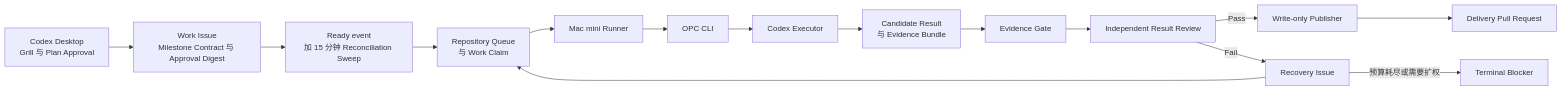
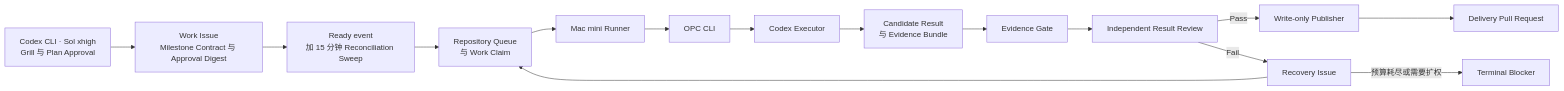
One commit to devos-ing/opc-it changed the first of 2 diagrams in docs/superpowers/specs/2026-08-08-opc-unattended-delivery-design.md. Above: the diagram before and after it, drawn with Mermaid. The commit also changed other lines of this file and 2 other files, not shown here.

````diff
--- a/docs/superpowers/specs/2026-08-08-opc-unattended-delivery-design.md
+++ b/docs/superpowers/specs/2026-08-08-opc-unattended-delivery-design.md
@@ -120,17 +120,17 @@
 ```mermaid
 flowchart LR
-    Human["Codex Desktop<br/>Grill 与 Plan Approval"] --> Issue["Work Issue<br/>Milestone Contract 与 Approval Digest"]
+    Human["Codex CLI · Sol xhigh<br/>Grill 与 Plan Approval"] --> Issue["Work Issue<br/>Milestone Contract 与 Approval Digest"]
     Issue --> Trigger["Ready event<br/>加 15 分钟 Reconciliation Sweep"]
     Trigger --> Claim["Repository Queue<br/>与 Work Claim"]
     Claim --> Runner["Mac mini Runner"]
     Runner --> Core["OPC CLI"]
     Core --> Executor["Codex Executor"]
     Executor --> Candidate["Candidate Result<br/>与 Evidence Bundle"]
     Candidate --> Gate["Evidence Gate"]
     Gate --> Review["Independent Result Review"]
     Review -->|Pass| Publish["Write-only Publisher"]
     Publish --> PR["Delivery Pull Request"]
     Review -->|Fail| Recovery["Recovery Issue"]
     Recovery --> Claim
     Recovery -->|预算耗尽或需要扩权| Blocker["Terminal Blocker"]
 ```
````
